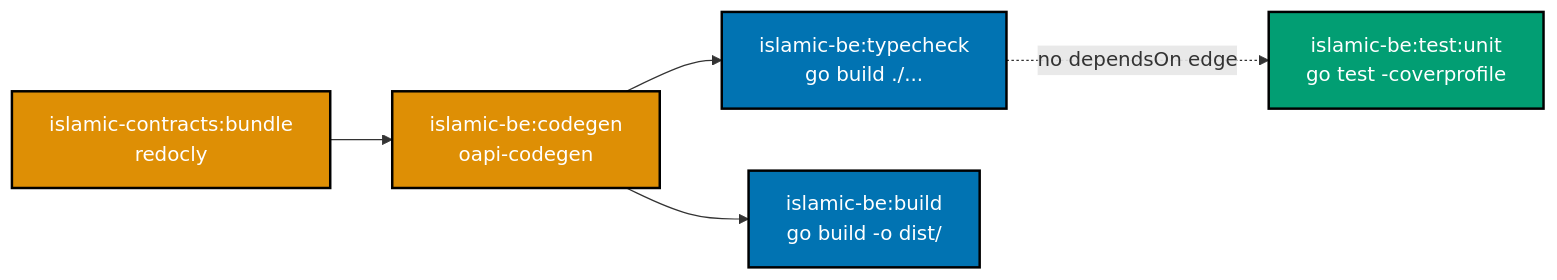
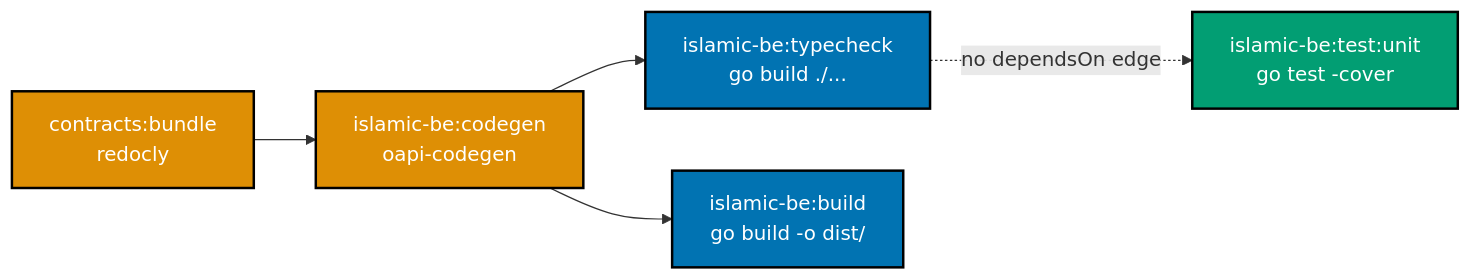
Before and after one commit to wahidyankf/open-sharia-fintech: the third of 5 diagrams in plans/in-progress/islamic-be-init/tech-docs.md, drawn with Mermaid. The commit also changed other lines of this file, not shown here.

First line of the commit message:
fix(plans): satisfy md-mermaid-strict in the islamic-be-init diagrams

````diff
--- a/plans/in-progress/islamic-be-init/tech-docs.md
+++ b/plans/in-progress/islamic-be-init/tech-docs.md
@@ -67,17 +67,17 @@
 ```mermaid
 graph LR
-    BUNDLE["islamic-contracts:bundle<br/>redocly"]:::orange
+    BUNDLE["contracts:bundle<br/>redocly"]:::orange
     CODEGEN["islamic-be:codegen<br/>oapi-codegen"]:::orange
     TYPECHECK["islamic-be:typecheck<br/>go build ./..."]:::blue
     BUILD["islamic-be:build<br/>go build -o dist/"]:::blue
-    UNIT["islamic-be:test:unit<br/>go test -coverprofile"]:::teal
+    UNIT["islamic-be:test:unit<br/>go test -cover"]:::teal
 
     BUNDLE --> CODEGEN
     CODEGEN --> TYPECHECK
     CODEGEN --> BUILD
     TYPECHECK -.->|"no dependsOn edge"| UNIT
 
     classDef blue fill:#0173B2,stroke:#000000,color:#FFFFFF,stroke-width:2px
     classDef orange fill:#DE8F05,stroke:#000000,color:#FFFFFF,stroke-width:2px
     classDef teal fill:#029E73,stroke:#000000,color:#FFFFFF,stroke-width:2px
 ```
````
